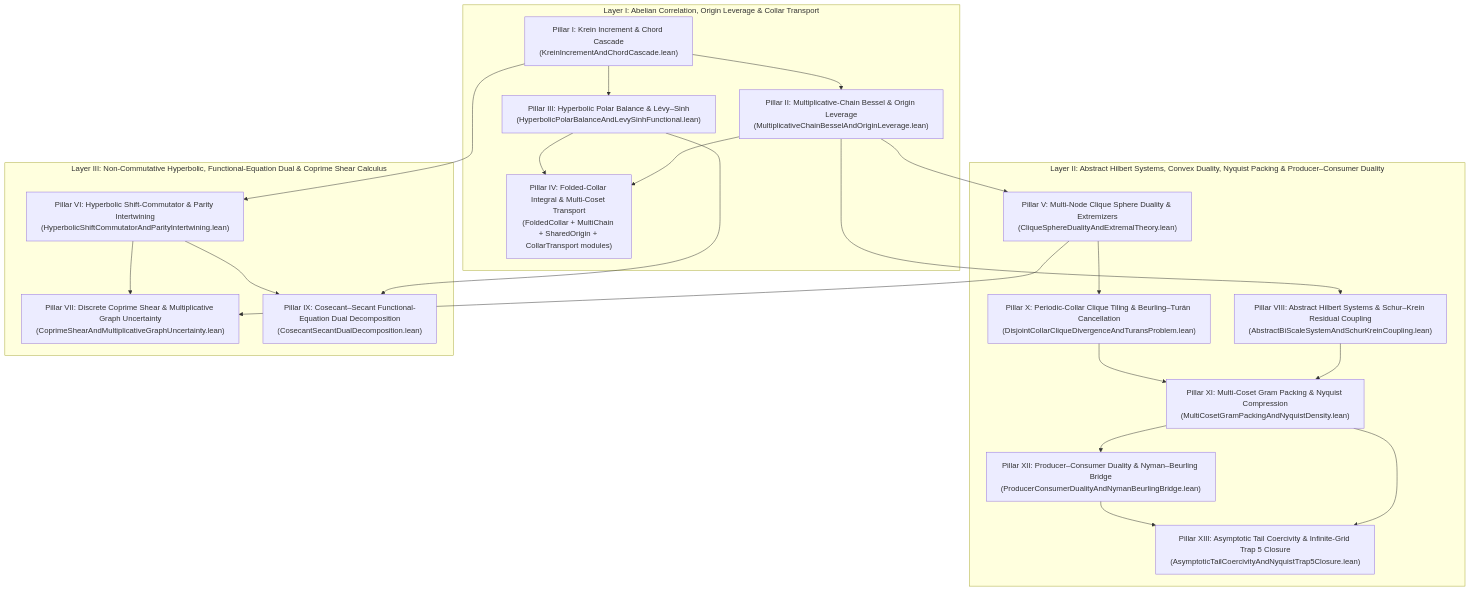
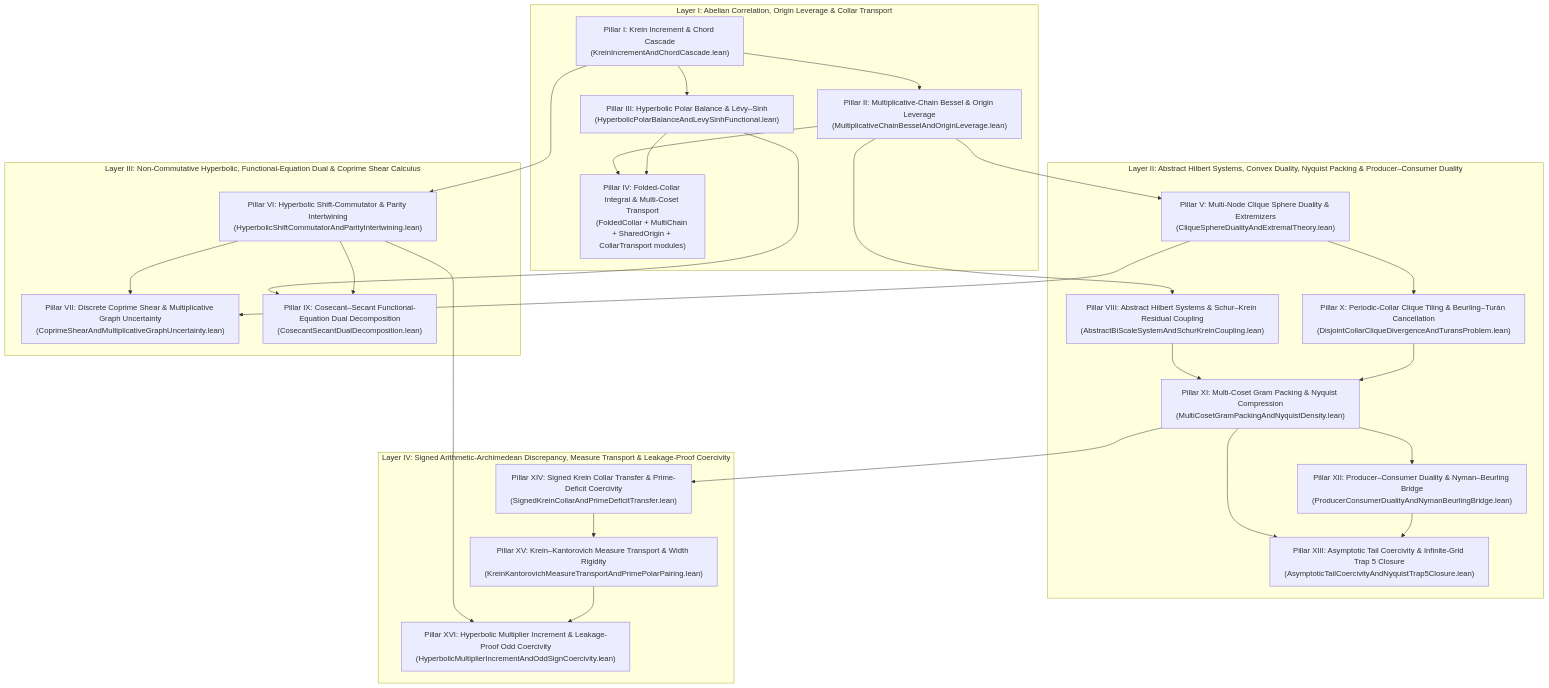
One commit to michael-haufschild-gib/hgt changed the diagram in formal/GaloisForLFunctions/BiScaleUncertainty/README.md. Above: the diagram before and after it, drawn with Mermaid. The commit also changed other lines of this file and 51 other files, not shown here.

````diff
--- a/formal/GaloisForLFunctions/BiScaleUncertainty/README.md
+++ b/formal/GaloisForLFunctions/BiScaleUncertainty/README.md
@@ -181,42 +217,52 @@
 ```mermaid
 flowchart TD
     subgraph Layer1["Layer I: Abelian Correlation, Origin Leverage & Collar Transport"]
         P1["Pillar I: Krein Increment & Chord Cascade<br/>(KreinIncrementAndChordCascade.lean)"]
         P2["Pillar II: Multiplicative-Chain Bessel & Origin Leverage<br/>(MultiplicativeChainBesselAndOriginLeverage.lean)"]
         P3["Pillar III: Hyperbolic Polar Balance & Lévy–Sinh<br/>(HyperbolicPolarBalanceAndLevySinhFunctional.lean)"]
         P4["Pillar IV: Folded-Collar Integral & Multi-Coset Transport<br/>(FoldedCollar + MultiChain + SharedOrigin + CollarTransport modules)"]
     end
 
     subgraph Layer2["Layer II: Abstract Hilbert Systems, Convex Duality, Nyquist Packing & Producer–Consumer Duality"]
         P5["Pillar V: Multi-Node Clique Sphere Duality & Extremizers<br/>(CliqueSphereDualityAndExtremalTheory.lean)"]
         P8["Pillar VIII: Abstract Hilbert Systems & Schur–Krein Residual Coupling<br/>(AbstractBiScaleSystemAndSchurKreinCoupling.lean)"]
         P10["Pillar X: Periodic-Collar Clique Tiling & Beurling–Turán Cancellation<br/>(DisjointCollarCliqueDivergenceAndTuransProblem.lean)"]
         P11["Pillar XI: Multi-Coset Gram Packing & Nyquist Compression<br/>(MultiCosetGramPackingAndNyquistDensity.lean)"]
         P12["Pillar XII: Producer–Consumer Duality & Nyman–Beurling Bridge<br/>(ProducerConsumerDualityAndNymanBeurlingBridge.lean)"]
         P13["Pillar XIII: Asymptotic Tail Coercivity & Infinite-Grid Trap 5 Closure<br/>(AsymptoticTailCoercivityAndNyquistTrap5Closure.lean)"]
     end
 
     subgraph Layer3["Layer III: Non-Commutative Hyperbolic, Functional-Equation Dual & Coprime Shear Calculus"]
         P6["Pillar VI: Hyperbolic Shift-Commutator & Parity Intertwining<br/>(HyperbolicShiftCommutatorAndParityIntertwining.lean)"]
         P7["Pillar VII: Discrete Coprime Shear & Multiplicative Graph Uncertainty<br/>(CoprimeShearAndMultiplicativeGraphUncertainty.lean)"]
         P9["Pillar IX: Cosecant–Secant Functional-Equation Dual Decomposition<br/>(CosecantSecantDualDecomposition.lean)"]
     end
 
+    subgraph Layer4["Layer IV: Signed Arithmetic-Archimedean Discrepancy, Measure Transport & Leakage-Proof Coercivity"]
+        P14["Pillar XIV: Signed Krein Collar Transfer & Prime-Deficit Coercivity<br/>(SignedKreinCollarAndPrimeDeficitTransfer.lean)"]
+        P15["Pillar XV: Krein–Kantorovich Measure Transport & Width Rigidity<br/>(KreinKantorovichMeasureTransportAndPrimePolarPairing.lean)"]
+        P16["Pillar XVI: Hyperbolic Multiplier Increment & Leakage-Proof Odd Coercivity<br/>(HyperbolicMultiplierIncrementAndOddSignCoercivity.lean)"]
+    end
+
     P1 --> P2
     P1 --> P3
     P2 --> P4
     P3 --> P4
     P2 --> P5
     P2 --> P8
     P5 --> P10
     P8 --> P11
     P10 --> P11
     P11 --> P12
     P11 --> P13
     P12 --> P13
     P1 --> P6
     P3 --> P9
     P6 --> P9
     P5 --> P7
     P6 --> P7
+    P11 --> P14
+    P14 --> P15
+    P6 --> P16
+    P15 --> P16
 ```
````
